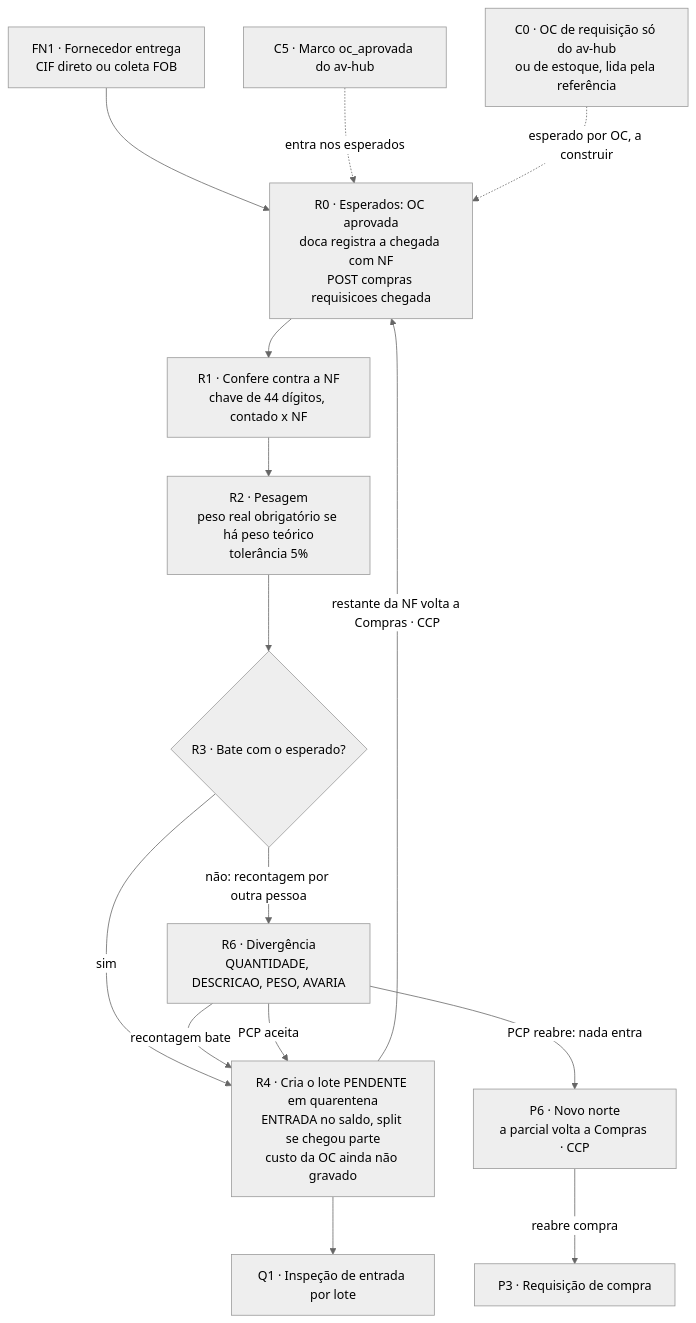
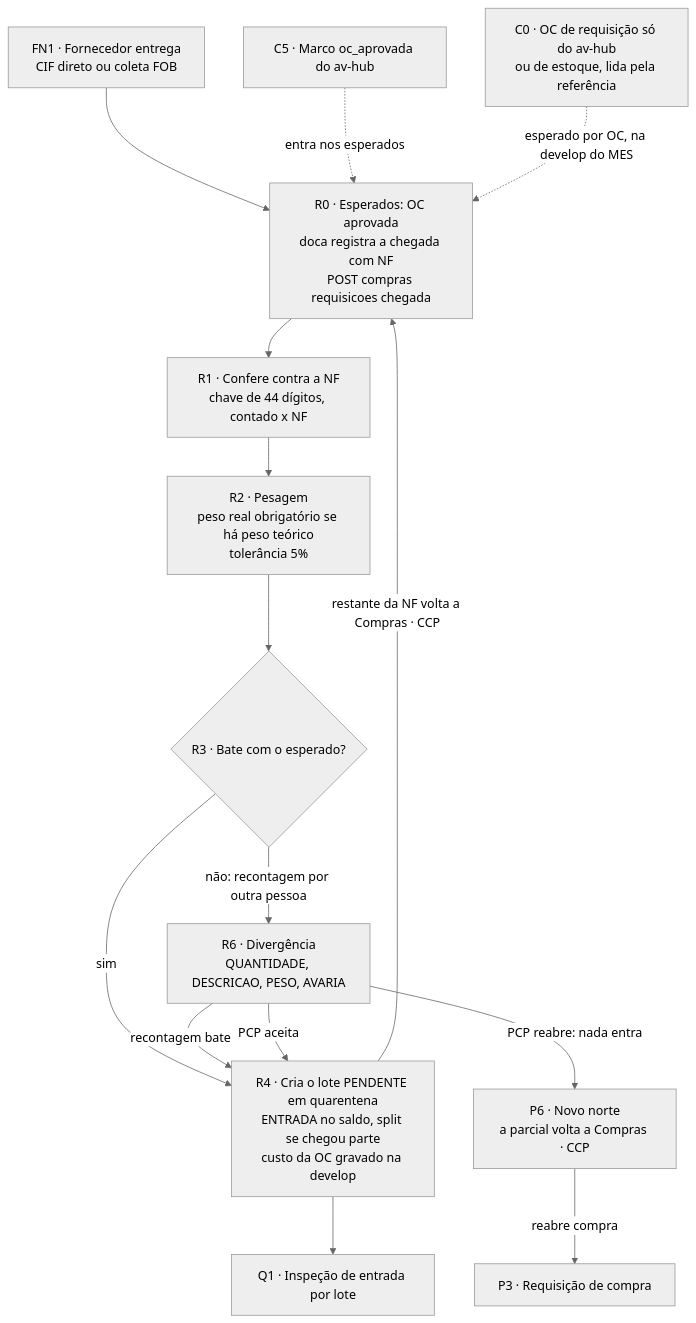
One commit to Acosvital/vault-avhub-mer changed the diagram in 02-Fluxo-de-Atividades/05-Recebimento.md. Above: the diagram before and after it, drawn with Mermaid (neutral theme). The commit also changed other lines of this file and 125 other files, not shown here.

````diff
--- a/02-Fluxo-de-Atividades/05-Recebimento.md
+++ b/02-Fluxo-de-Atividades/05-Recebimento.md
@@ -248,17 +253,17 @@
 ```mermaid
 flowchart TD
     FN1["FN1 · Fornecedor entrega<br/>CIF direto ou coleta FOB"] --> R0["R0 · Esperados: OC aprovada<br/>doca registra a chegada com NF<br/>POST compras requisicoes chegada"]
     C5["C5 · Marco oc_aprovada do av-hub"] -.->|"entra nos esperados"| R0
-    C0["C0 · OC de requisição só do av-hub<br/>ou de estoque, lida pela referência"] -.->|"esperado por OC, a construir"| R0
+    C0["C0 · OC de requisição só do av-hub<br/>ou de estoque, lida pela referência"] -.->|"esperado por OC, na develop do MES"| R0
     R0 --> R1["R1 · Confere contra a NF<br/>chave de 44 dígitos, contado x NF"]
     R1 --> R2["R2 · Pesagem<br/>peso real obrigatório se há peso teórico<br/>tolerância 5%"]
     R2 --> R3{"R3 · Bate com o esperado?"}
-    R3 -->|sim| R4["R4 · Cria o lote PENDENTE em quarentena<br/>ENTRADA no saldo, split se chegou parte<br/>custo da OC ainda não gravado"]
+    R3 -->|sim| R4["R4 · Cria o lote PENDENTE em quarentena<br/>ENTRADA no saldo, split se chegou parte<br/>custo da OC gravado na develop"]
     R3 -->|"não: recontagem por outra pessoa"| R6["R6 · Divergência<br/>QUANTIDADE, DESCRICAO, PESO, AVARIA"]
     R6 -->|"recontagem bate"| R4
     R6 -->|"PCP aceita"| R4
     R6 -->|"PCP reabre: nada entra"| P6["P6 · Novo norte<br/>a parcial volta a Compras · CCP"]
     P6 -->|"reabre compra"| P3["P3 · Requisição de compra"]
     R4 -->|"restante da NF volta a Compras · CCP"| R0
     R4 --> Q1["Q1 · Inspeção de entrada por lote"]
 ```
````
